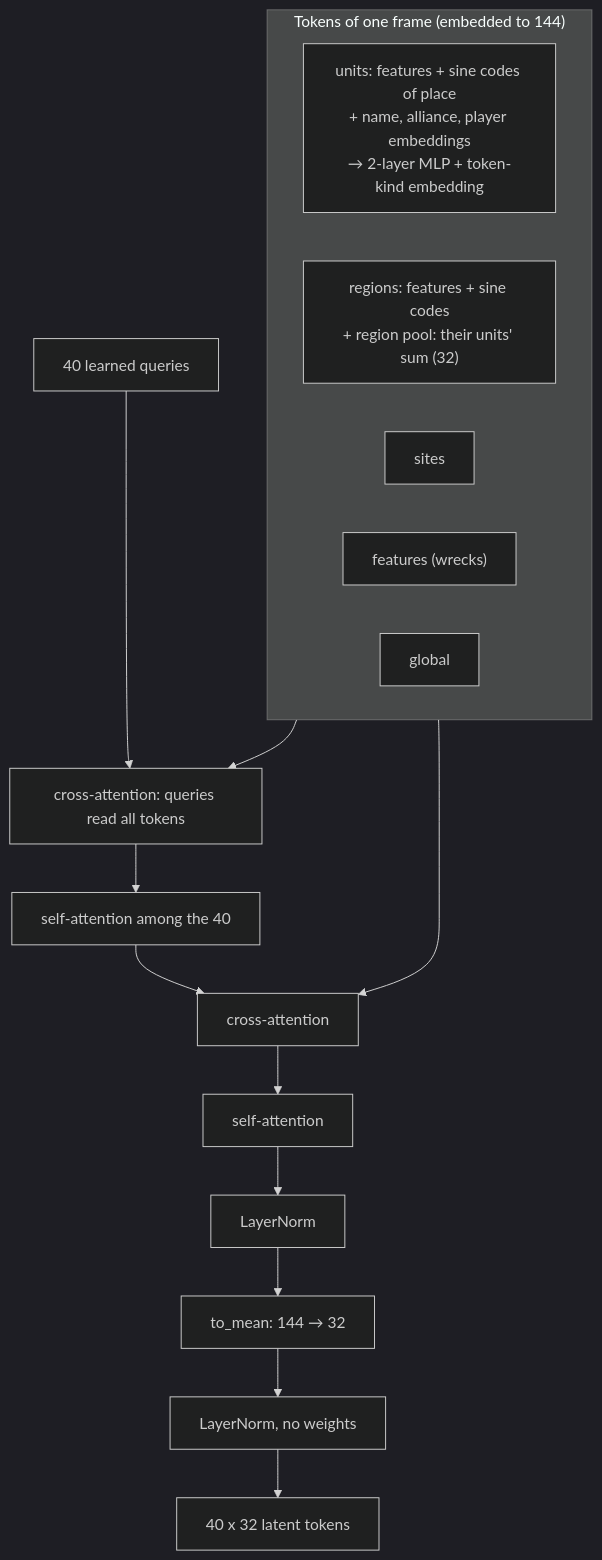
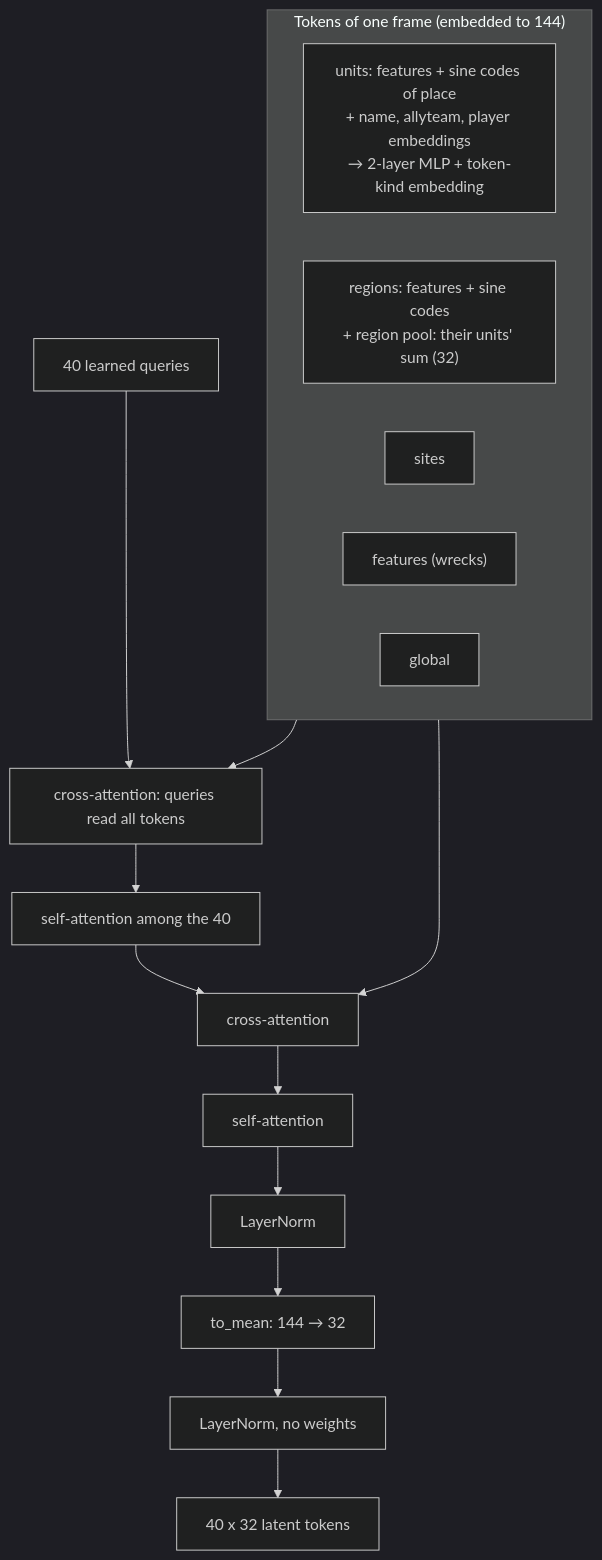
Before and after one commit to pts1667/zk-ArenaAI: the second of 11 diagrams in docs/model.md, drawn with Mermaid (dark theme). The commit also changed other lines of this file and 39 other files, not shown here.

````diff
--- a/docs/model.md
+++ b/docs/model.md
@@ -84,23 +104,23 @@
 ```mermaid
 flowchart TB
     subgraph tokens ["Tokens of one frame (embedded to 144)"]
-        U["units: features + sine codes of place<br/>+ name, alliance, player embeddings<br/>→ 2-layer MLP + token-kind embedding"]
+        U["units: features + sine codes of place<br/>+ name, allyteam, player embeddings<br/>→ 2-layer MLP + token-kind embedding"]
         R["regions: features + sine codes<br/>+ region pool: their units' sum (32)"]
         S["sites"]
         F["features (wrecks)"]
         G["global"]
     end
     Q["40 learned queries"]
     C1["cross-attention: queries read all tokens"]
     S1["self-attention among the 40"]
     C2["cross-attention"]
     S2["self-attention"]
     LN["LayerNorm"]
     M["to_mean: 144 → 32"]
     N["LayerNorm, no weights"]
     OUT["40 x 32 latent tokens"]
 
     Q --> C1
     tokens --> C1 --> S1 --> C2 --> S2 --> LN --> M --> N --> OUT
     tokens --> C2
 ```
````
